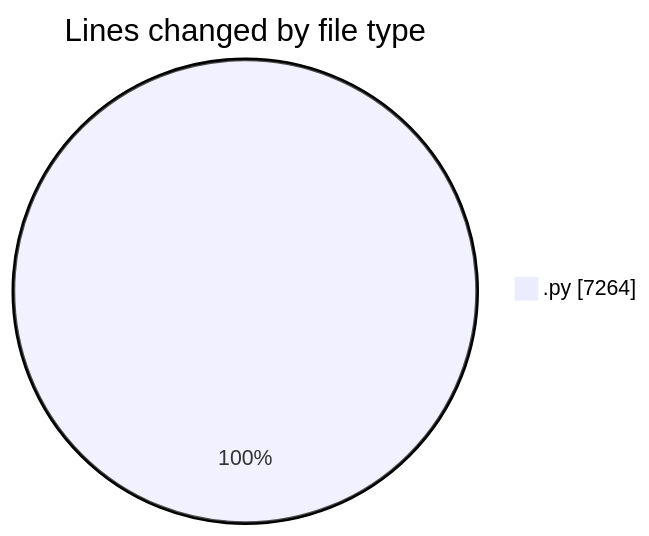
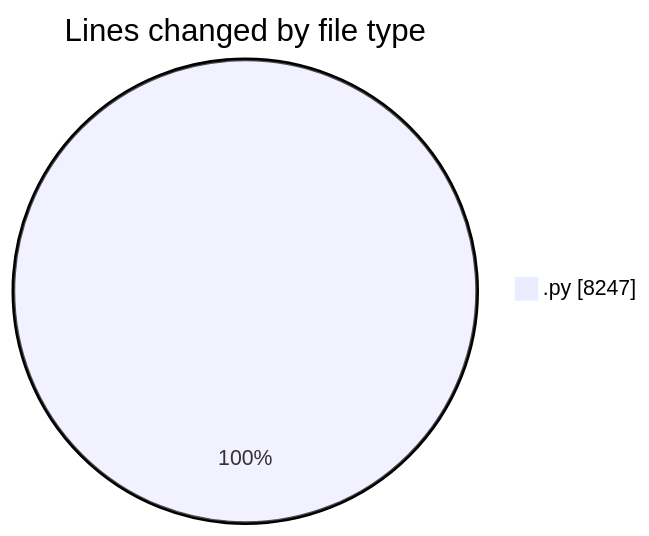
The first of 2 diagrams in 2025-07-14/telebot/README.md (jrari/code-tracking), drawn with Mermaid before and after one commit. The commit also changed other lines of this file and 1 other file, not shown here.

````diff
--- a/2025-07-14/telebot/README.md
+++ b/2025-07-14/telebot/README.md
@@ -29,5 +30,5 @@
 ```mermaid
 pie showData
 title Lines changed by file type
-".py" : 7264
+".py" : 8247
 ```
````
